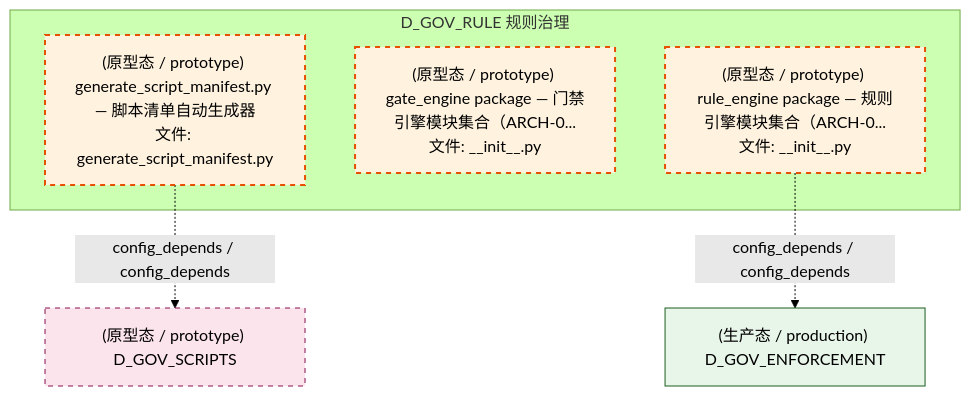
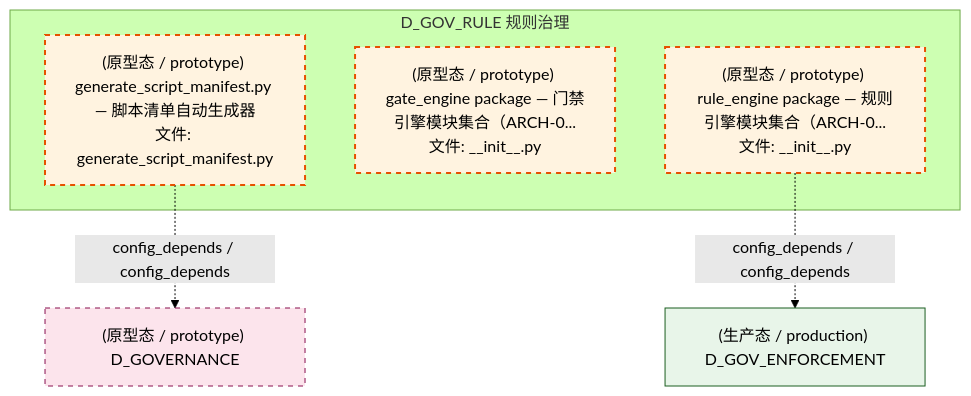
The fourth of 5 diagrams in docs/02_enterprise_architecture/02_domain_architecture_docs/43_d_gov_rule.md (xuanFelixVan/ZephyrAlpha), drawn with Mermaid (forest theme) before and after one commit. The commit also changed other lines of this file and 112 other files, not shown here.

````diff
--- a/docs/02_enterprise_architecture/02_domain_architecture_docs/43_d_gov_rule.md
+++ b/docs/02_enterprise_architecture/02_domain_architecture_docs/43_d_gov_rule.md
@@ -339,19 +342,19 @@
 ```mermaid
 graph TD
     subgraph D_GOV_RULE["D_GOV_RULE 规则治理"]
         scripts_governance_generators_generate_script_manifest_py["(原型态 / prototype) generate_script_manifest.py — 脚本清单自动生成器<br/>文件: generate_script_manifest.py"]
         src_zephyr_gov_enforcement_rule_enforcement_gate_engine_init_py["(原型态 / prototype) gate_engine package — 门禁引擎模块集合（ARCH-0...<br/>文件: __init__.py"]
         src_zephyr_gov_enforcement_rule_enforcement_rule_engine_init_py["(原型态 / prototype) rule_engine package — 规则引擎模块集合（ARCH-0...<br/>文件: __init__.py"]
     end
     D_GOV_ENFORCEMENT["(生产态 / production) D_GOV_ENFORCEMENT"]
     src_zephyr_gov_enforcement_rule_enforcement_rule_engine_init_py -.->|config_depends / config_depends| D_GOV_ENFORCEMENT
-    D_GOV_SCRIPTS["(原型态 / prototype) D_GOV_SCRIPTS"]
-    scripts_governance_generators_generate_script_manifest_py -.->|config_depends / config_depends| D_GOV_SCRIPTS
+    D_GOVERNANCE["(原型态 / prototype) D_GOVERNANCE"]
+    scripts_governance_generators_generate_script_manifest_py -.->|config_depends / config_depends| D_GOVERNANCE
     classDef production fill:#e1f5fe,stroke:#01579b,stroke-width:2px,color:#000
     classDef design fill:#fff3e0,stroke:#e65100,stroke-width:2px,color:#000,stroke-dasharray: 5 5
     classDef external_prod fill:#e8f5e9,stroke:#1b5e20,stroke-width:1px,color:#000
     classDef external_design fill:#fce4ec,stroke:#880e4f,stroke-width:1px,color:#000,stroke-dasharray: 5 5
     class scripts_governance_generators_generate_script_manifest_py,src_zephyr_gov_enforcement_rule_enforcement_gate_engine_init_py,src_zephyr_gov_enforcement_rule_enforcement_rule_engine_init_py design
     class D_GOV_ENFORCEMENT external_prod
-    class D_GOV_SCRIPTS external_design
+    class D_GOVERNANCE external_design
 ```
````
